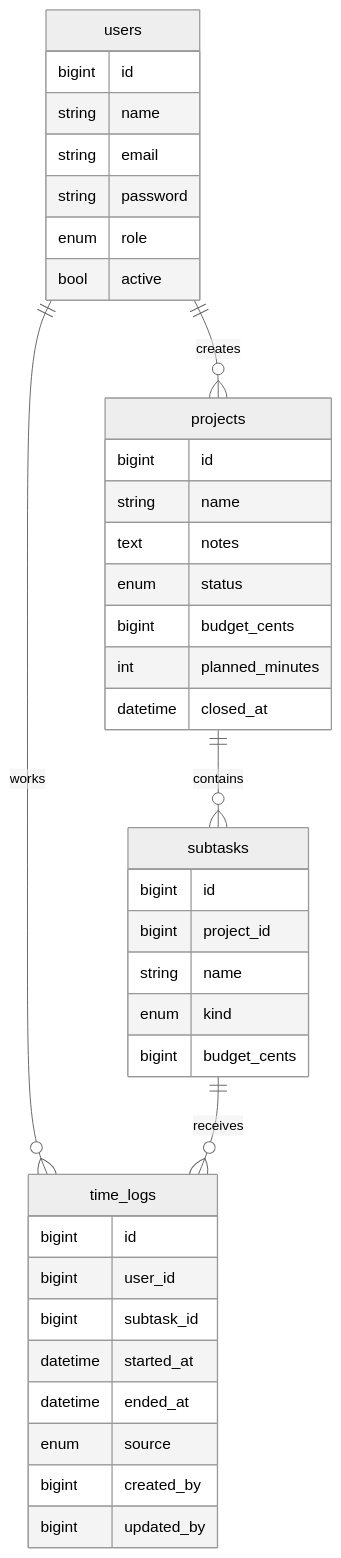
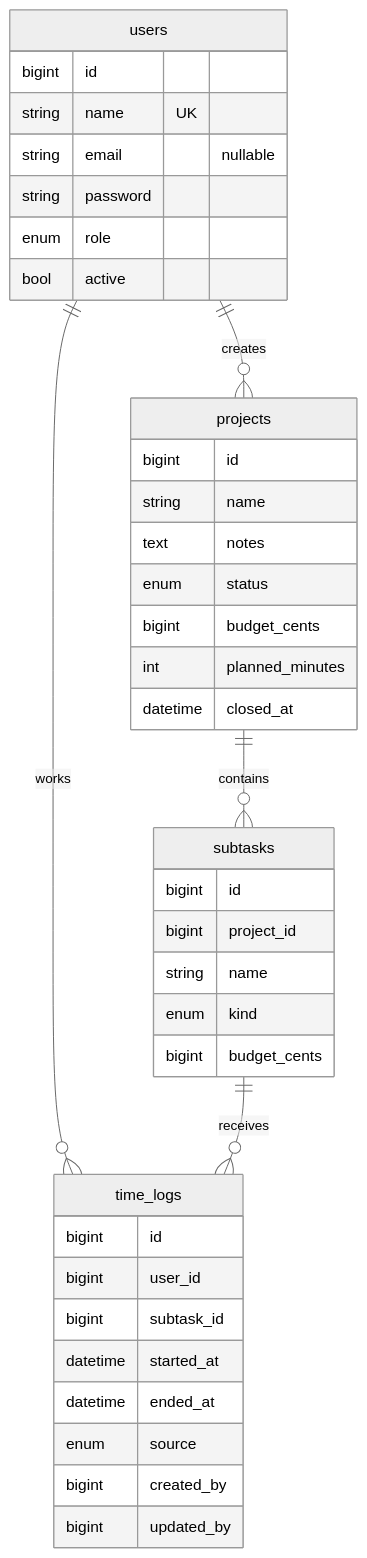
One commit to guiparmezani/labone changed the diagram in docs/tech-spec.md. Above: the diagram before and after it, drawn with Mermaid (neutral theme). The commit also changed other lines of this file and 49 other files, not shown here.

````diff
--- a/docs/tech-spec.md
+++ b/docs/tech-spec.md
@@ -76,41 +76,41 @@
 ```mermaid
 erDiagram
     users ||--o{ time_logs : works
     users ||--o{ projects : creates
     projects ||--o{ subtasks : contains
     subtasks ||--o{ time_logs : receives
     users {
         bigint id
-        string name
-        string email
+        string name UK
+        string email "nullable"
         string password
         enum role
         bool active
     }
     projects {
         bigint id
         string name
         text notes
         enum status
         bigint budget_cents
         int planned_minutes
         datetime closed_at
     }
     subtasks {
         bigint id
         bigint project_id
         string name
         enum kind
         bigint budget_cents
     }
     time_logs {
         bigint id
         bigint user_id
         bigint subtask_id
         datetime started_at
         datetime ended_at
         enum source
         bigint created_by
         bigint updated_by
     }
 ```
````
